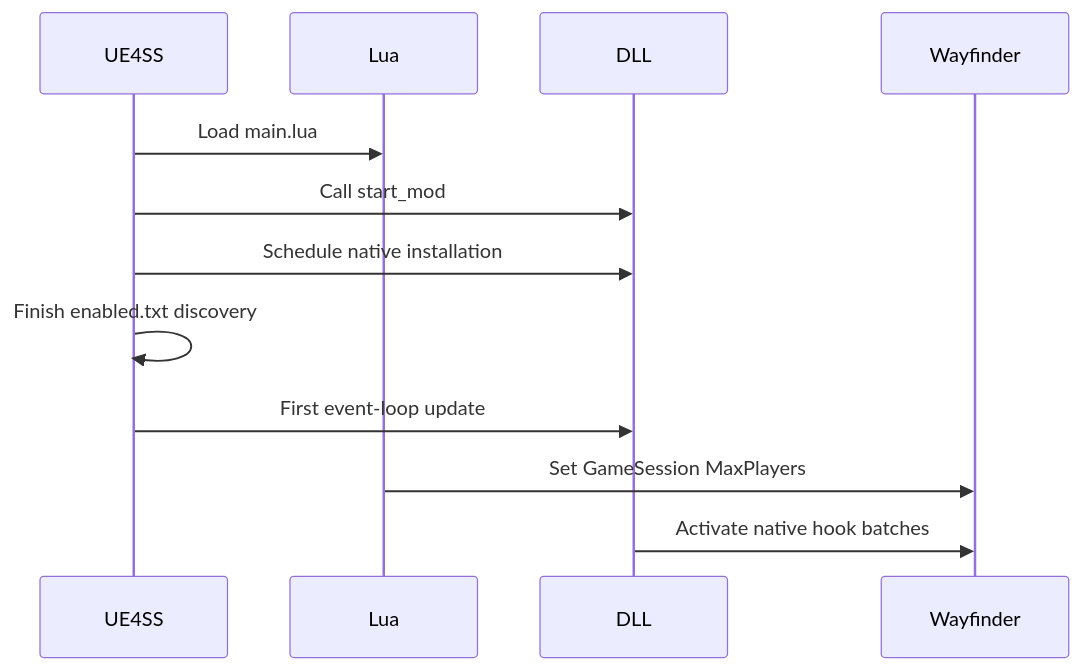
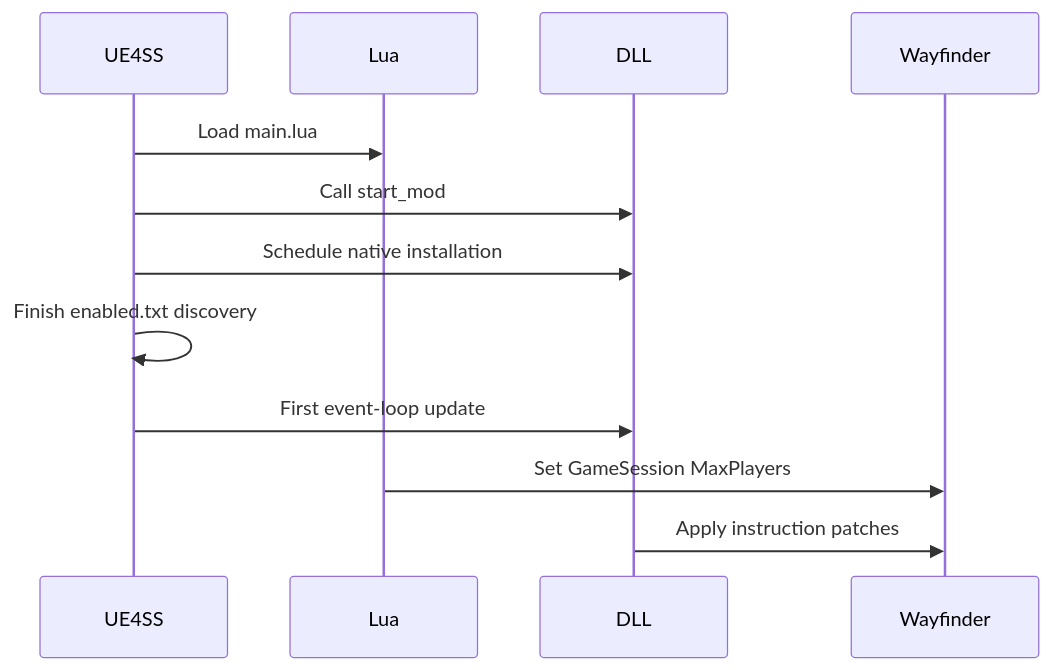
Before and after one commit to TheAngryByrd/Wayfinder-Mods: the diagram in lode/runtime/summary.md, drawn with Mermaid. The commit also changed other lines of this file and 29 other files, not shown here.

````diff
--- a/lode/runtime/summary.md
+++ b/lode/runtime/summary.md
@@ -8,14 +8,14 @@
 ```mermaid
 sequenceDiagram
     participant UE4SS
     participant Lua
     participant DLL
     participant Game as Wayfinder
     UE4SS->>Lua: Load main.lua
     UE4SS->>DLL: Call start_mod
     UE4SS->>DLL: Schedule native installation
     UE4SS->>UE4SS: Finish enabled.txt discovery
     UE4SS->>DLL: First event-loop update
     Lua->>Game: Set GameSession MaxPlayers
-    DLL->>Game: Activate native hook batches
+    DLL->>Game: Apply instruction patches
 ```
````
